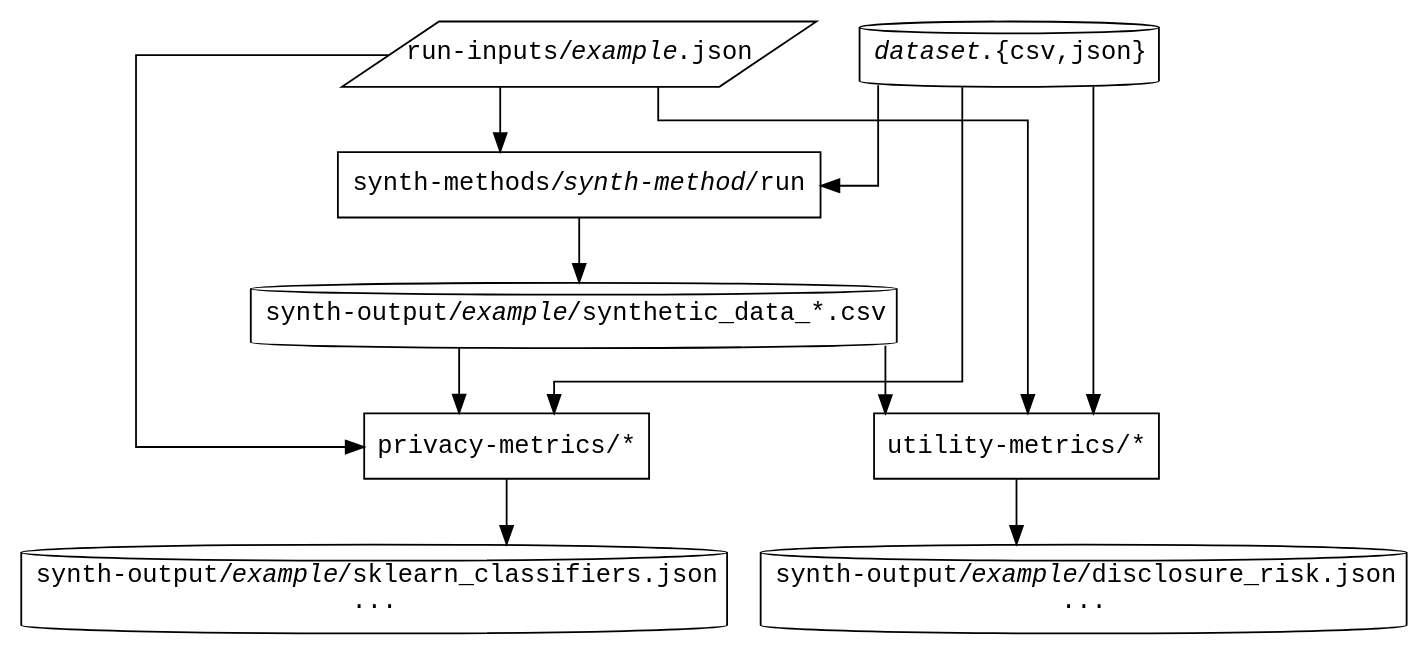
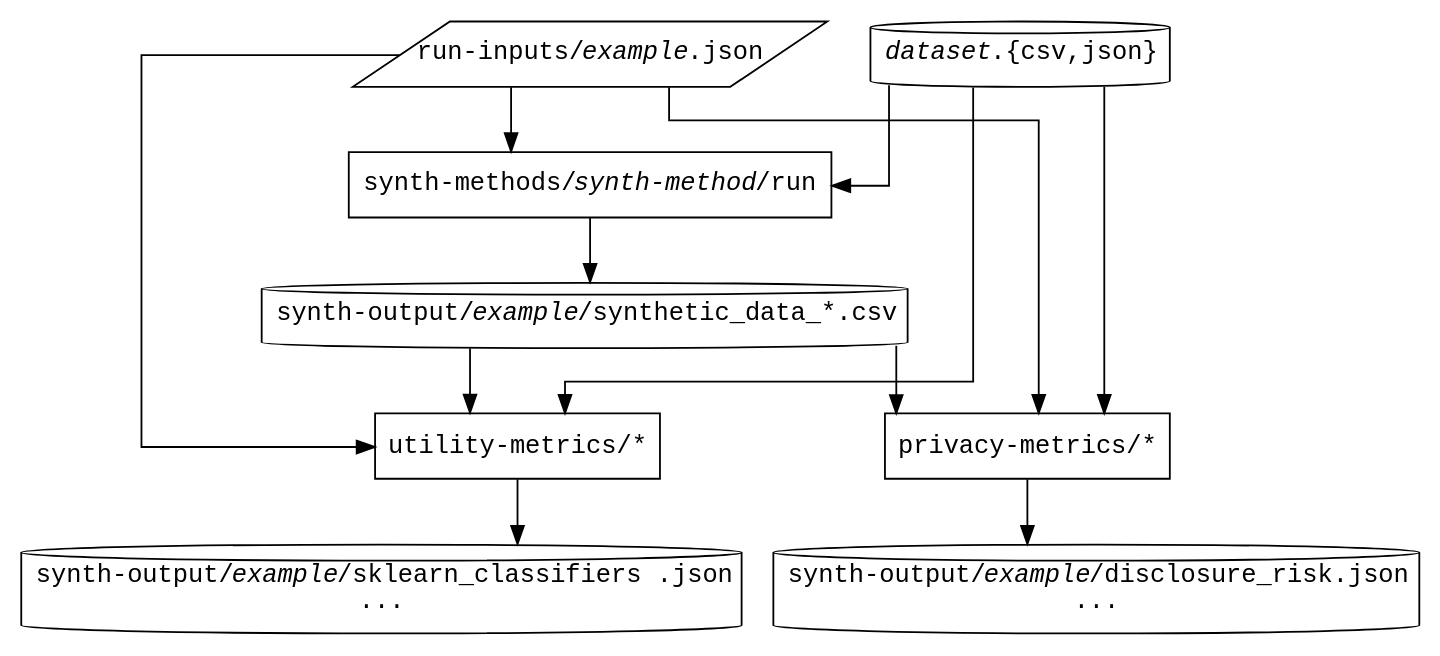
Before and after one commit to alan-turing-institute/QUIPP-pipeline: the diagram in doc/fig/pipeline.dot, drawn with Graphviz. The commit also changed 1 other file, not shown here.

Commit message:
Fix swapped utlity/privacy in diagram

```diff
--- a/doc/fig/pipeline.dot
+++ b/doc/fig/pipeline.dot
@@ -1,28 +1,28 @@
 digraph pipeline {
 
     node [fontname="courier"]
     graph [splines=ortho, concentrate=true]
     
     dataset [shape=cylinder, label=<<i>dataset</i>.{csv,json}>]
     synth_method [shape=box, label=<synth-methods/<i>synth-method</i>/run>]
     run_inputs [shape=parallelogram, label=<run-inputs/<i>example</i>.json>, width=3.5, fixedsize=TRUE]
     synth_data [shape=cylinder, label=<synth-output/<i>example</i>/synthetic_data_*.csv>]
-    privacy_metrics [shape=box, label="utility-metrics/*"]
-    utility_metrics [shape=box, label="privacy-metrics/*"]
+    privacy_metrics [shape=box, label="privacy-metrics/*"]
+    utility_metrics [shape=box, label="utility-metrics/*"]
     privacy_score [shape=cylinder, label=<synth-output/<i>example</i>/disclosure_risk.json<br/>...>]
-    utility_score [shape=cylinder, label=<synth-output/<i>example</i>/sklearn_classifiers.json<br/>...>]
+    utility_score [shape=cylinder, label=<synth-output/<i>example</i>/sklearn_classifiers .json<br/>...>]
 
     {rank="source"; run_inputs}
     {rank="same"; run_inputs, dataset}
 
     run_inputs -> synth_method -> synth_data
     dataset -> synth_method
 
     synth_data -> utility_metrics -> utility_score
     run_inputs -> utility_metrics
     dataset -> utility_metrics
 
     synth_data -> privacy_metrics -> privacy_score
     run_inputs -> privacy_metrics
     dataset -> privacy_metrics
 }
```
